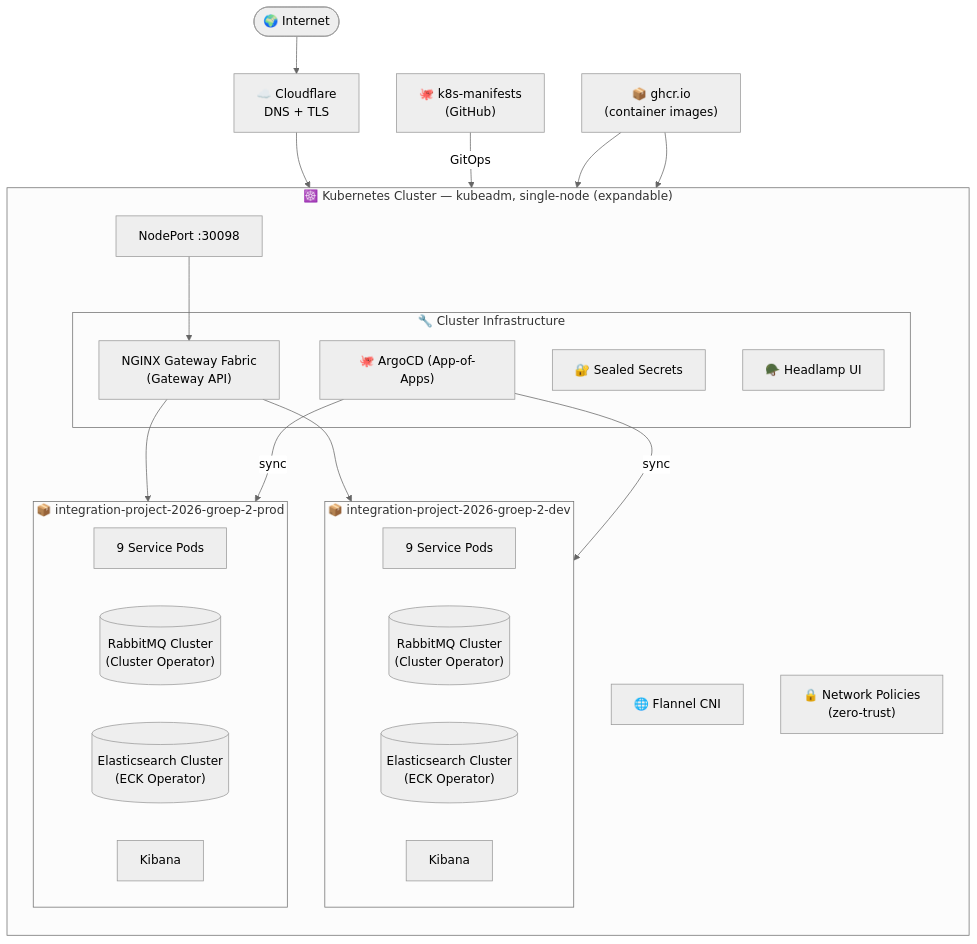
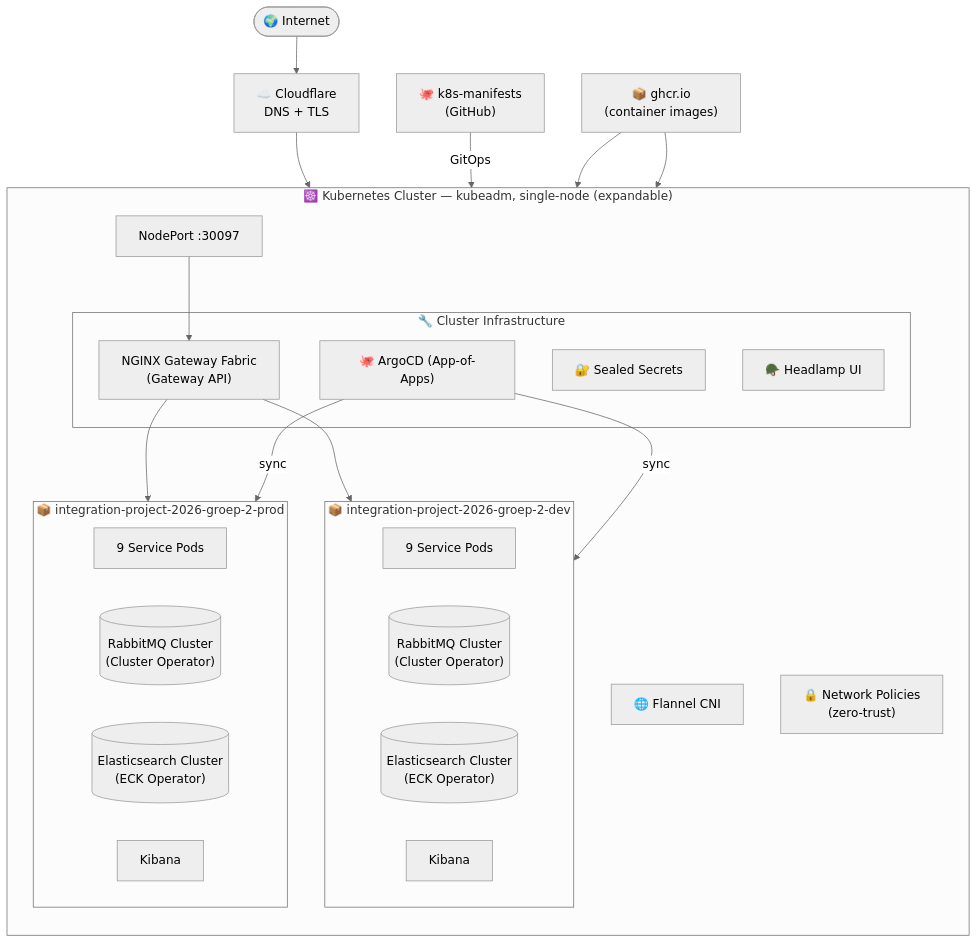
Before and after one commit to Integration-Project-2026-Groep-2/.github: the second of 7 diagrams in profile/README.md, drawn with Mermaid (neutral theme). The commit also changed other lines of this file, not shown here.

Commit message:
docs: update README.md to change NodePort from :30098 to :30097

````diff
--- a/profile/README.md
+++ b/profile/README.md
@@ -120,46 +120,46 @@
 ```mermaid
 graph TB
     Internet(["🌍 Internet"])
     CF["☁️ Cloudflare\nDNS + TLS"]
-    NP["NodePort :30098"]
+    NP["NodePort :30097"]
 
     Internet --> CF --> NP
 
     subgraph K8S["☸️ Kubernetes Cluster — kubeadm, single-node (expandable)"]
         direction TB
 
         subgraph CI["🔧 Cluster Infrastructure"]
             NGWF["NGINX Gateway Fabric\n(Gateway API)"]
             ARGO["🐙 ArgoCD (App-of-Apps)"]
             SS["🔐 Sealed Secrets"]
             HL["🪖 Headlamp UI"]
         end
 
         NP --> NGWF
 
         subgraph DEV["📦 integration-project-2026-groep-2-dev"]
             D9["9 Service Pods"]
             DRMQ[("RabbitMQ Cluster\n(Cluster Operator)")]
             DES[("Elasticsearch Cluster\n(ECK Operator)")]
             DKIB["Kibana"]
         end
 
         subgraph PROD["📦 integration-project-2026-groep-2-prod"]
             P9["9 Service Pods"]
             PRMQ[("RabbitMQ Cluster\n(Cluster Operator)")]
             PES[("Elasticsearch Cluster\n(ECK Operator)")]
             PKIB["Kibana"]
         end
 
         NGWF --> DEV
         NGWF --> PROD
         ARGO -->|sync| DEV
         ARGO -->|sync| PROD
 
         FL["🌐 Flannel CNI"]
         NP2["🔒 Network Policies\n(zero-trust)"]
     end
 
     GH["🐙 k8s-manifests\n(GitHub)"] -->|GitOps| ARGO
     GHCR["📦 ghcr.io\n(container images)"] --> DEV & PROD
 ```
````
